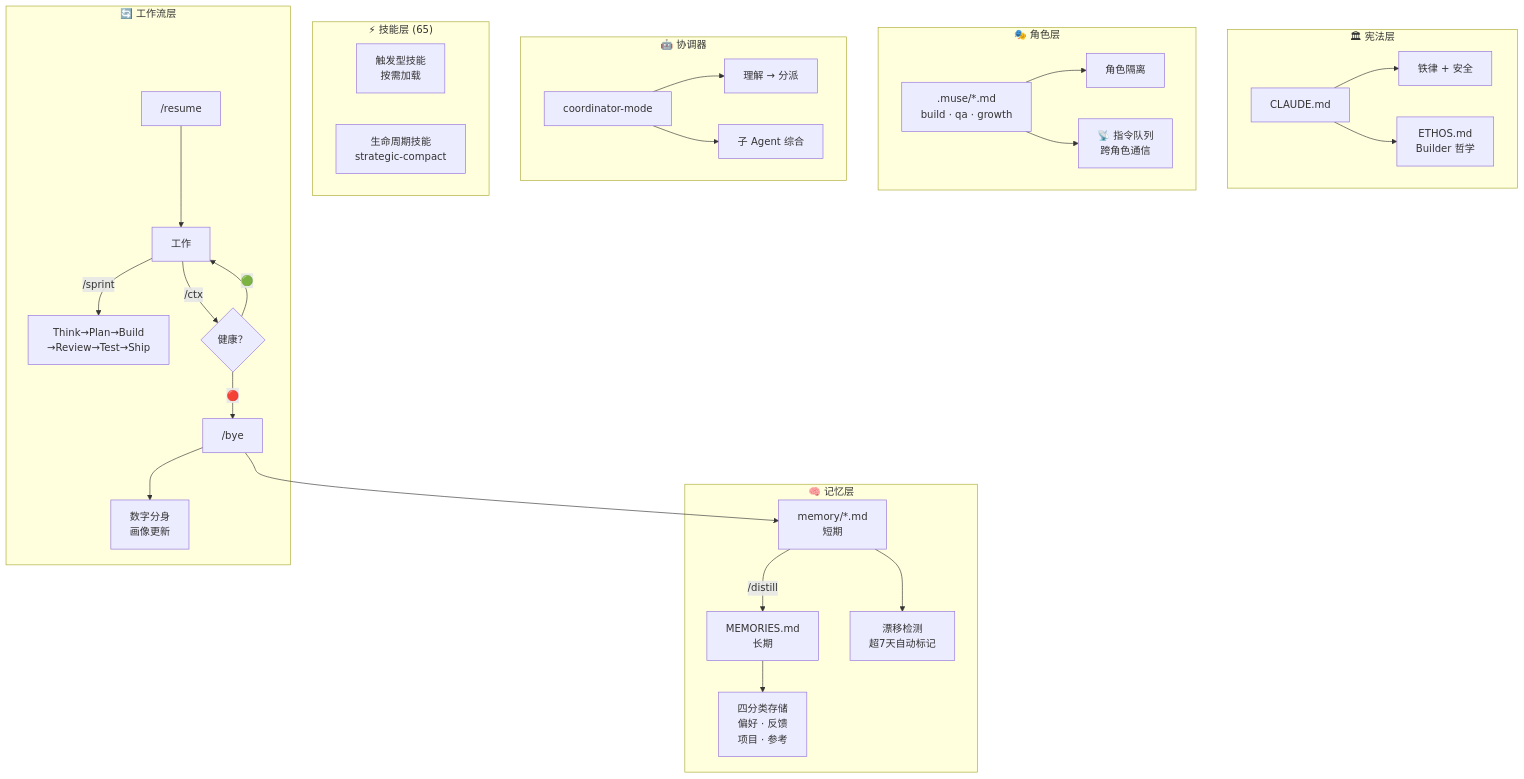
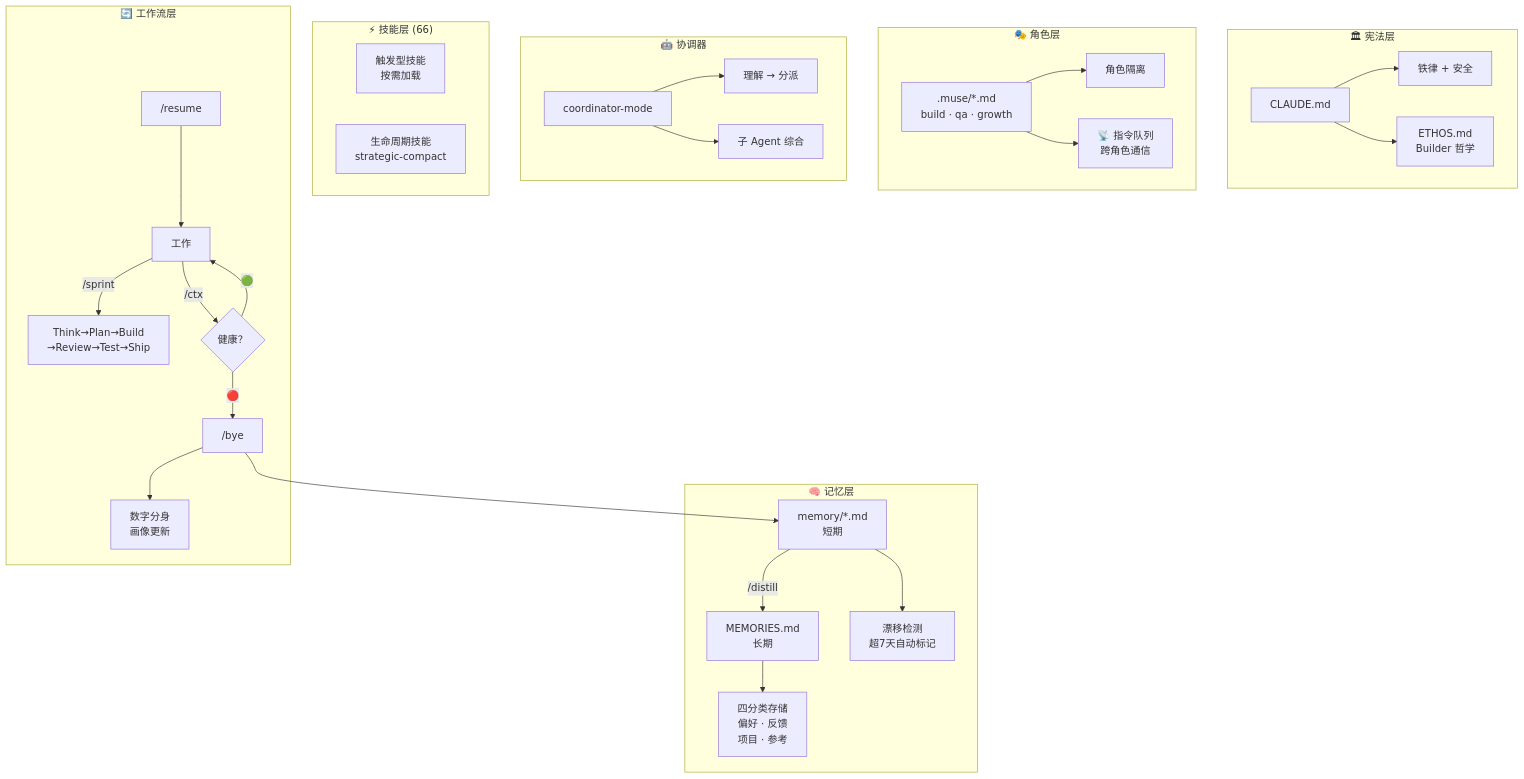
Before and after one commit to myths-labs/muse: the diagram in README_CN.md, drawn with Mermaid. The commit also changed other lines of this file and 56 other files, not shown here.

````diff
--- a/README_CN.md
+++ b/README_CN.md
@@ -130,38 +132,38 @@
 ```mermaid
 graph TB
     subgraph "🏛 宪法层"
         A["CLAUDE.md"] --> B["铁律 + 安全"]
         A --> C["ETHOS.md<br/>Builder 哲学"]
     end
     
     subgraph "🎭 角色层"
         R[".muse/*.md<br/>build · qa · growth"] --> S["角色隔离"]
         R --> T["📡 指令队列<br/>跨角色通信"]
     end
     
     subgraph "🧠 记忆层"
         D["memory/*.md<br/>短期"] -->|"/distill"| E["MEMORIES.md<br/>长期"]
         D --> D1["漂移检测<br/>超7天自动标记"]
         E --> E1["四分类存储<br/>偏好 · 反馈<br/>项目 · 参考"]
     end
     
     subgraph "🤖 协调器"
         CO["coordinator-mode"] --> CO1["理解 → 分派"]
         CO --> CO2["子 Agent 综合"]
     end
     
-    subgraph "⚡ 技能层 (65)"
+    subgraph "⚡ 技能层 (66)"
         G["触发型技能<br/>按需加载"]
         H["生命周期技能<br/>strategic-compact"]
     end
     
     subgraph "🔄 工作流层"
         I["/resume"] --> J["工作"]
         J -->|"/sprint"| SP["Think→Plan→Build<br/>→Review→Test→Ship"]
         J -->|"/ctx"| K{"健康？"}
         K -->|"🟢"| J
         K -->|"🔴"| L["/bye"]
         L --> D
         L --> L1["数字分身<br/>画像更新"]
     end
 ```
````
